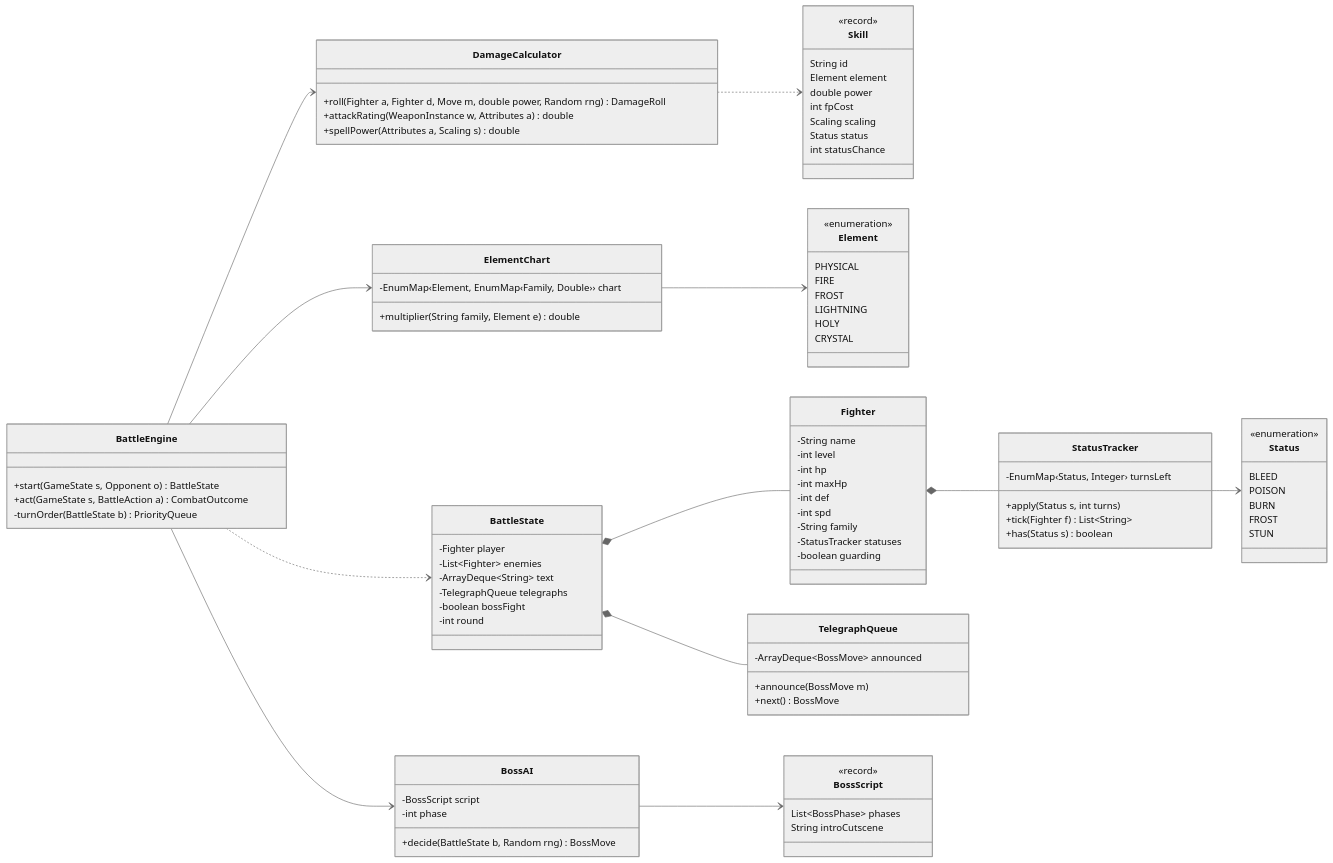
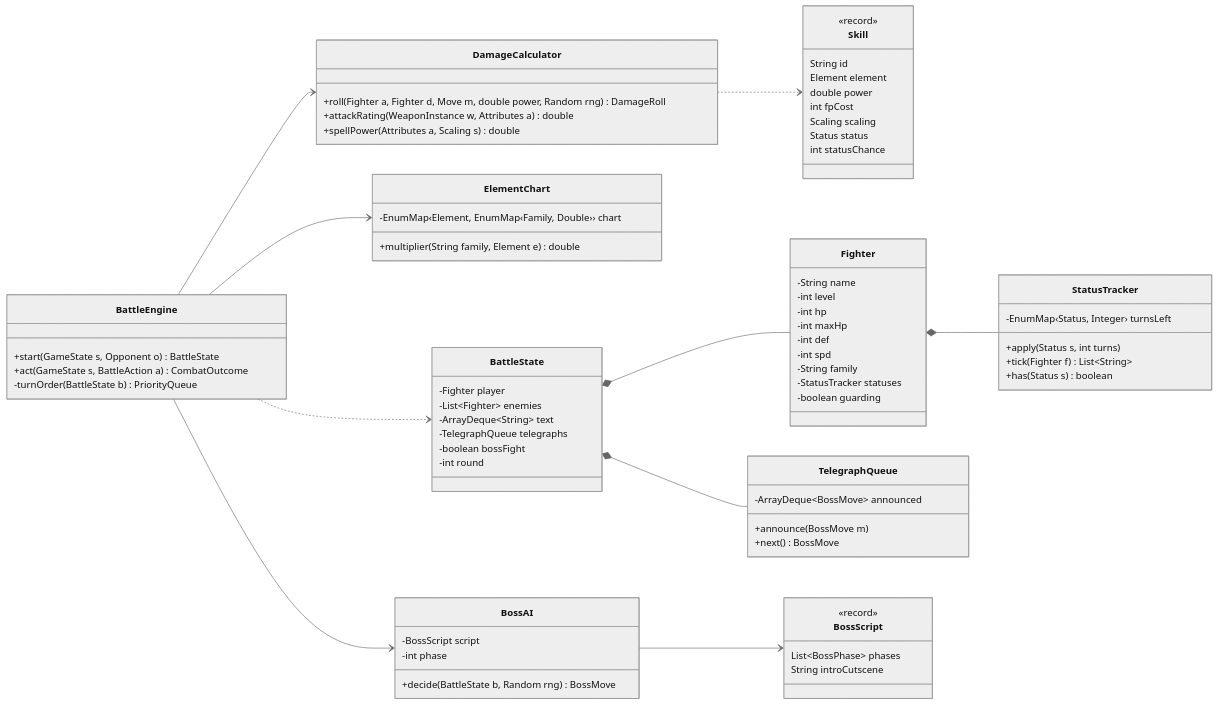
The sixth of 8 diagrams in docs/diagrams/class-diagram-v2.md (Shiven23-coder/shardbound), drawn with Mermaid (neutral theme) before and after one commit. The commit also changed other lines of this file and 239 other files, not shown here.

````diff
--- a/docs/diagrams/class-diagram-v2.md
+++ b/docs/diagrams/class-diagram-v2.md
@@ -251,23 +427,6 @@
         +announce(BossMove m)
         +next() BossMove
     }
-    class Element {
-        <<enumeration>>
-        PHYSICAL
-        FIRE
-        FROST
-        LIGHTNING
-        HOLY
-        CRYSTAL
-    }
-    class Status {
-        <<enumeration>>
-        BLEED
-        POISON
-        BURN
-        FROST
-        STUN
-    }
 
     BattleEngine --> DamageCalculator
     BattleEngine --> ElementChart
@@ -278,6 +437,4 @@
     BattleEngine --> BossAI
     BossAI --> BossScript
     DamageCalculator ..> Skill
-    ElementChart --> Element
-    StatusTracker --> Status
 ```
````
